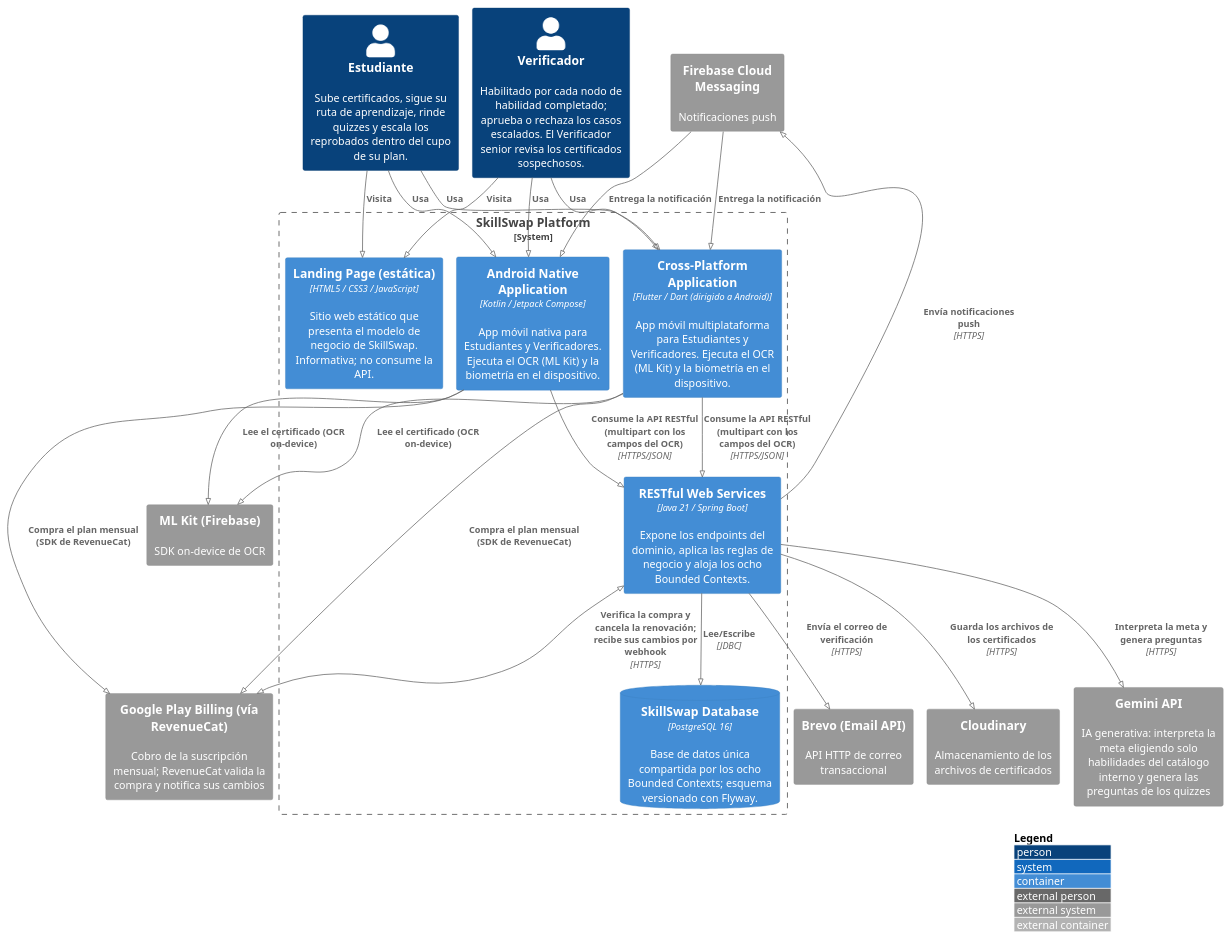
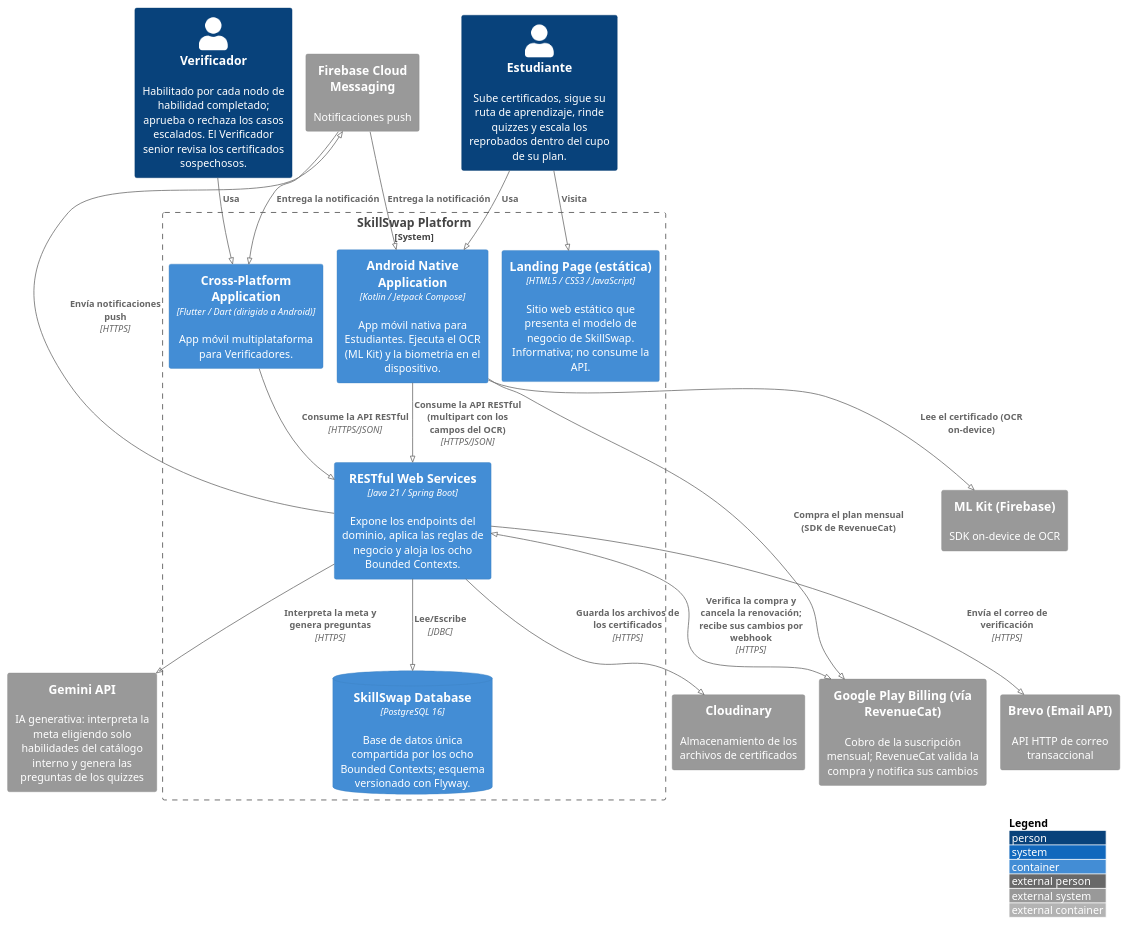
One commit to Aplicaciones-Dispositivos-Moviles/SkillSwap-ProjectReport changed the diagram in DB&C4/Container_Diagram.puml. Above: the diagram before and after it, drawn with PlantUML. The commit also changed 5 other files, not shown here.

Commit message:
docs(c4): differentiate actors by app in context, container and deployment diagrams

```diff
--- a/DB&C4/Container_Diagram.puml
+++ b/DB&C4/Container_Diagram.puml
@@ -1,50 +1,45 @@
 @startuml SkillSwapContainer
 !pragma layout smetana
 !include https://raw.githubusercontent.com/plantuml-stdlib/C4-PlantUML/master/C4_Container.puml
 
 LAYOUT_WITH_LEGEND()
 
 Person(student, "Estudiante", "Sube certificados, sigue su ruta de aprendizaje, rinde quizzes y escala los reprobados dentro del cupo de su plan.")
 Person(verifier, "Verificador", "Habilitado por cada nodo de habilidad completado; aprueba o rechaza los casos escalados. El Verificador senior revisa los certificados sospechosos.")
 
 System_Boundary(skillSwapSystem, "SkillSwap Platform") {
     Container(landingPage, "Landing Page (estática)", "HTML5 / CSS3 / JavaScript", "Sitio web estático que presenta el modelo de negocio de SkillSwap. Informativa; no consume la API.")
-    Container(androidApp, "Android Native Application", "Kotlin / Jetpack Compose", "App móvil nativa para Estudiantes y Verificadores. Ejecuta el OCR (ML Kit) y la biometría en el dispositivo.")
-    Container(flutterApp, "Cross-Platform Application", "Flutter / Dart (dirigido a Android)", "App móvil multiplataforma para Estudiantes y Verificadores. Ejecuta el OCR (ML Kit) y la biometría en el dispositivo.")
+    Container(androidApp, "Android Native Application", "Kotlin / Jetpack Compose", "App móvil nativa para Estudiantes. Ejecuta el OCR (ML Kit) y la biometría en el dispositivo.")
+    Container(flutterApp, "Cross-Platform Application", "Flutter / Dart (dirigido a Android)", "App móvil multiplataforma para Verificadores.")
     Container(webApi, "RESTful Web Services", "Java 21 / Spring Boot", "Expone los endpoints del dominio, aplica las reglas de negocio y aloja los ocho Bounded Contexts.")
     ContainerDb(mainDB, "SkillSwap Database", "PostgreSQL 16", "Base de datos única compartida por los ocho Bounded Contexts; esquema versionado con Flyway.")
 }
 
 System_Ext(emailService, "Brevo (Email API)", "API HTTP de correo transaccional")
 System_Ext(pushService, "Firebase Cloud Messaging", "Notificaciones push")
 System_Ext(mlKitService, "ML Kit (Firebase)", "SDK on-device de OCR")
 System_Ext(cloudStorage, "Cloudinary", "Almacenamiento de los archivos de certificados")
 System_Ext(googlePlayBilling, "Google Play Billing (vía RevenueCat)", "Cobro de la suscripción mensual; RevenueCat valida la compra y notifica sus cambios")
 System_Ext(geminiApi, "Gemini API", "IA generativa: interpreta la meta eligiendo solo habilidades del catálogo interno y genera las preguntas de los quizzes")
 
 Rel(student, androidApp, "Usa")
-Rel(verifier, androidApp, "Usa")
-Rel(student, flutterApp, "Usa")
 Rel(verifier, flutterApp, "Usa")
 
 Rel(student, landingPage, "Visita")
-Rel(verifier, landingPage, "Visita")
 
 Rel(androidApp, webApi, "Consume la API RESTful (multipart con los campos del OCR)", "HTTPS/JSON")
-Rel(flutterApp, webApi, "Consume la API RESTful (multipart con los campos del OCR)", "HTTPS/JSON")
+Rel(flutterApp, webApi, "Consume la API RESTful", "HTTPS/JSON")
 Rel(androidApp, mlKitService, "Lee el certificado (OCR on-device)")
-Rel(flutterApp, mlKitService, "Lee el certificado (OCR on-device)")
 Rel(androidApp, googlePlayBilling, "Compra el plan mensual (SDK de RevenueCat)")
-Rel(flutterApp, googlePlayBilling, "Compra el plan mensual (SDK de RevenueCat)")
 
 Rel(webApi, mainDB, "Lee/Escribe", "JDBC")
 
 Rel(webApi, emailService, "Envía el correo de verificación", "HTTPS")
 Rel(webApi, pushService, "Envía notificaciones push", "HTTPS")
 Rel(pushService, androidApp, "Entrega la notificación")
 Rel(pushService, flutterApp, "Entrega la notificación")
 Rel(webApi, cloudStorage, "Guarda los archivos de los certificados", "HTTPS")
 BiRel(webApi, googlePlayBilling, "Verifica la compra y cancela la renovación; recibe sus cambios por webhook", "HTTPS")
 Rel(webApi, geminiApi, "Interpreta la meta y genera preguntas", "HTTPS")
 
 @enduml
```
